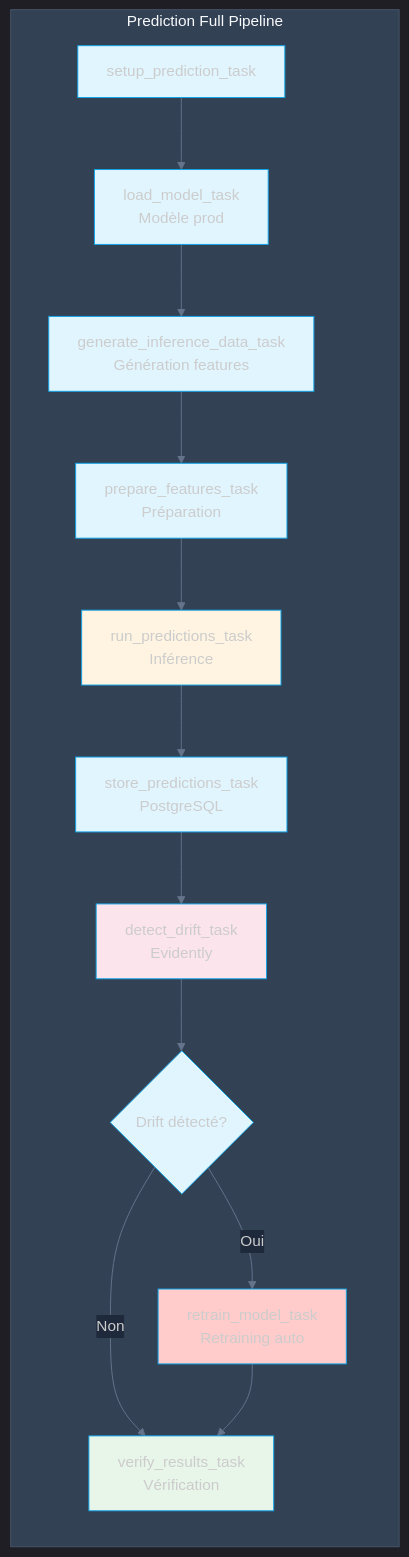
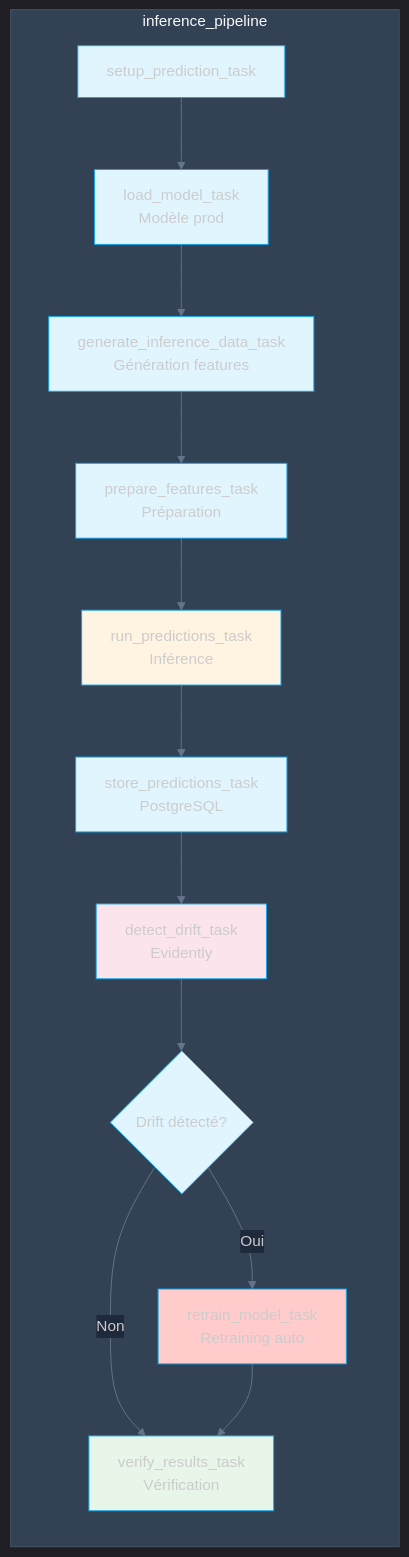
Before and after one commit to jinsudai/jinsudai: the first of 3 diagrams in Services/docsify/docs/pipeline-inference.md, drawn with Mermaid. The commit also changed other lines of this file and 9 other files, not shown here.

````diff
--- a/Services/docsify/docs/pipeline-inference.md
+++ b/Services/docsify/docs/pipeline-inference.md
@@ -9,22 +9,22 @@
 ```mermaid
 %%{init: {'theme': 'dark', 'themeVariables': {'primaryColor': '#e1f5ff', 'primaryTextColor': '#1e293b', 'primaryBorderColor': '#0ea5e9', 'lineColor': '#64748b', 'secondaryColor': '#fff4e1', 'tertiaryColor': '#fce4ec', 'background': '#1e293b', 'mainBkg': '#e1f5ff', 'nodeBorder': '#0ea5e9', 'clusterBkg': '#334155', 'clusterBorder': '#475569', 'titleColor': '#f8fafc', 'edgeLabelBackground': '#1e293b'}}}%%
 graph LR
-    subgraph "Prediction Full Pipeline"
+    subgraph "inference_pipeline"
         A[setup_prediction_task] --> B[load_model_task<br/>Modèle prod]
         B --> C[generate_inference_data_task<br/>Génération features]
         C --> D[prepare_features_task<br/>Préparation]
         D --> E[run_predictions_task<br/>Inférence]
         E --> F[store_predictions_task<br/>PostgreSQL]
         F --> G[detect_drift_task<br/>Evidently]
         G --> H{Drift détecté?}
         H -->|Oui| I[retrain_model_task<br/>Retraining auto]
         H -->|Non| J[verify_results_task<br/>Vérification]
         I --> J
     end
     
     style A fill:#e1f5ff
     style E fill:#fff4e1
     style G fill:#fce4ec
     style I fill:#ffcccb
     style J fill:#e8f5e9
 ```
````
